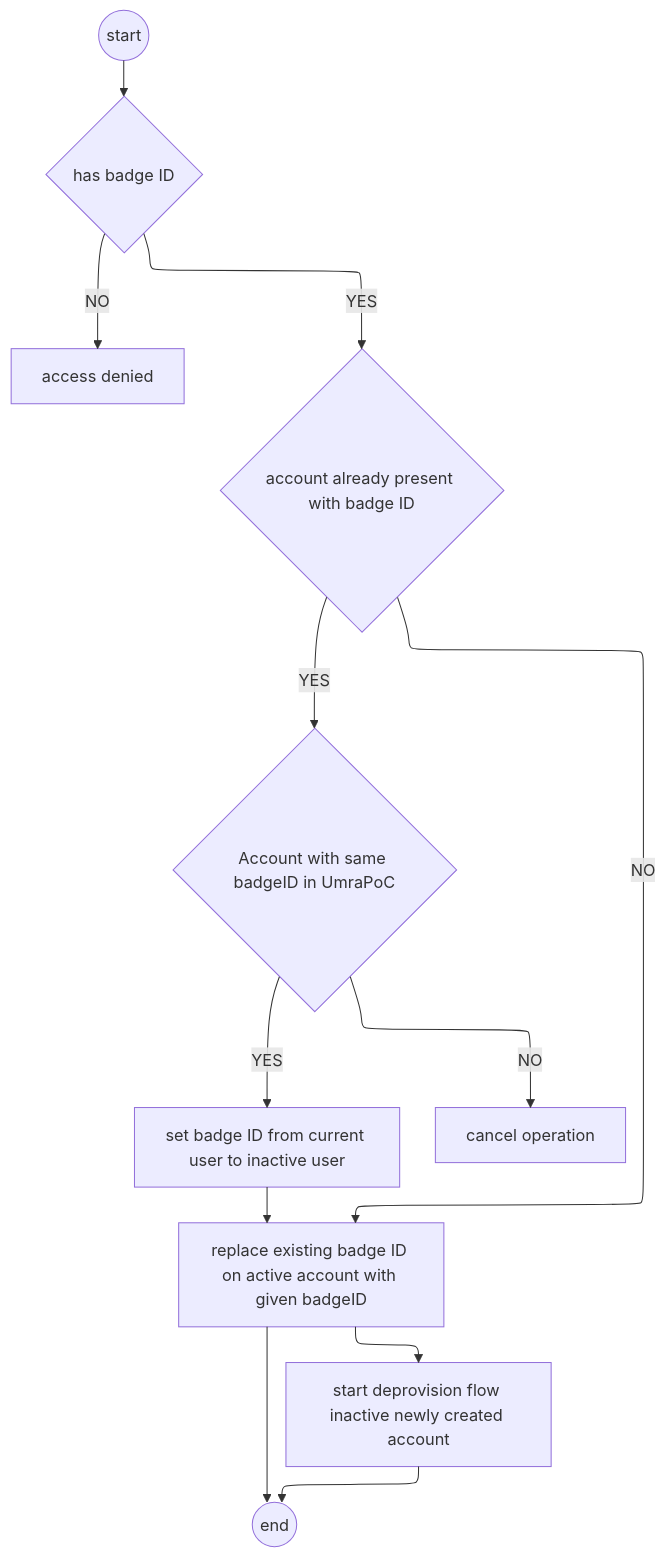
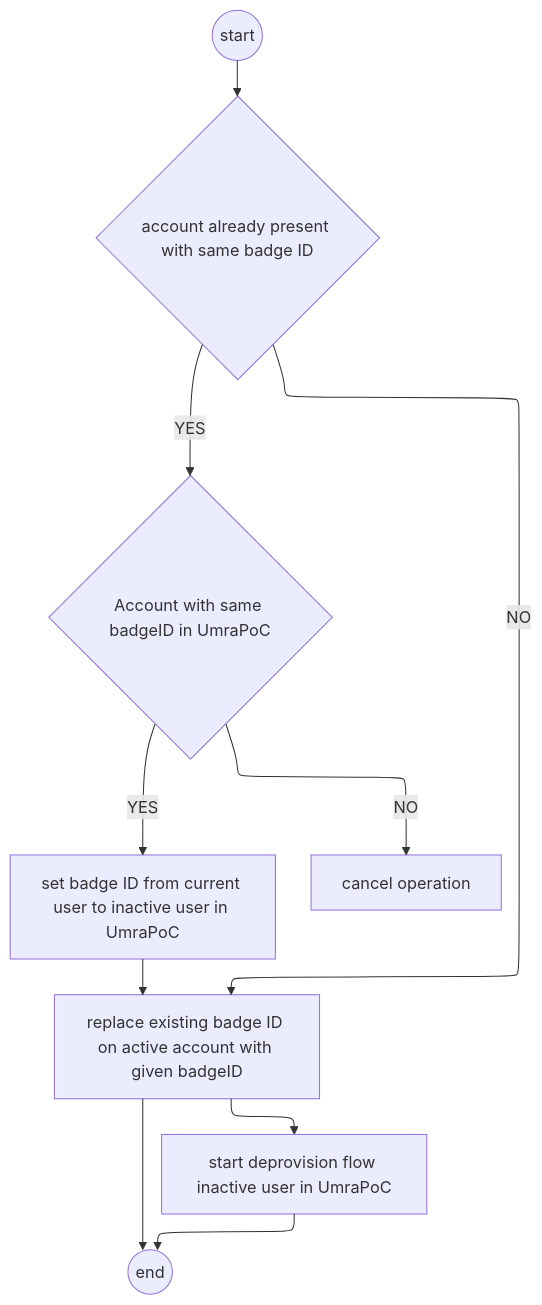
Before and after one commit to alexisalexopoulos/adaxes: the diagram in Flows/user-change-BadgeID.md, drawn with Mermaid.

Commit message:
fix: change user badge ID

````diff
--- a/Flows/user-change-BadgeID.md
+++ b/Flows/user-change-BadgeID.md
@@ -1,22 +1,18 @@
 ```mermaid
 flowchart-elk
 %% Nodes
 start((start))
-hasbadgeID{has badge ID}
-accessdenied[access denied]
 umrapoc{Account with same badgeID in UmraPoC}
-badgeidpresent{account already present with badge ID}
-setbadgeIDtarget[set badge ID from current user to inactive user]
+badgeidpresent{account already present with same badge ID}
+setbadgeIDtarget[set badge ID from current user to inactive user in UmraPoC]
 replaceID[replace existing badge ID on active account with given badgeID]
-deprovision[start deprovision flow inactive newly created account]
+deprovision[start deprovision flow inactive user in UmraPoC]
 cancel[cancel operation]
 finish((end))
 %%linking
-start -->hasbadgeID
-hasbadgeID --> |NO| accessdenied
-hasbadgeID --> |YES| badgeidpresent
+start -->badgeidpresent
 badgeidpresent --> |YES|umrapoc
 umrapoc --> |NO| cancel
 umrapoc --> |YES| setbadgeIDtarget--> replaceID --> deprovision -->  finish
 badgeidpresent -->|NO|replaceID --> finish
 ```
````
